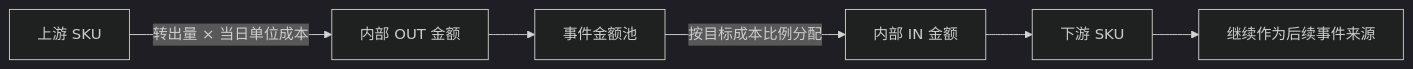
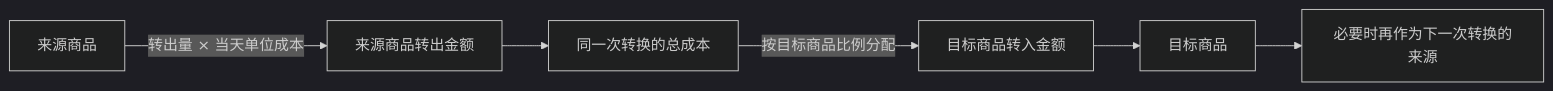
One commit to kate636/cuihua-data changed the fifth of 8 diagrams in fmetl/README.md. Above: the diagram before and after it, drawn with Mermaid (dark theme). The commit also changed other lines of this file and 8 other files, not shown here.

````diff
--- a/fmetl/README.md
+++ b/fmetl/README.md
@@ -316,8 +346,8 @@
 ```mermaid
 flowchart LR
-    PARENT["上游 SKU"] -->|"转出量 × 当日单位成本"| OUT["内部 OUT 金额"]
-    OUT --> EVENT["事件金额池"]
-    EVENT -->|"按目标成本比例分配"| IN["内部 IN 金额"]
-    IN --> CHILD["下游 SKU"]
-    CHILD --> NEXT["继续作为后续事件来源"]
+    PARENT["来源商品"] -->|"转出量 × 当天单位成本"| OUT["来源商品转出金额"]
+    OUT --> EVENT["同一次转换的总成本"]
+    EVENT -->|"按目标商品比例分配"| IN["目标商品转入金额"]
+    IN --> CHILD["目标商品"]
+    CHILD --> NEXT["必要时再作为下一次转换的来源"]
 ```
````
